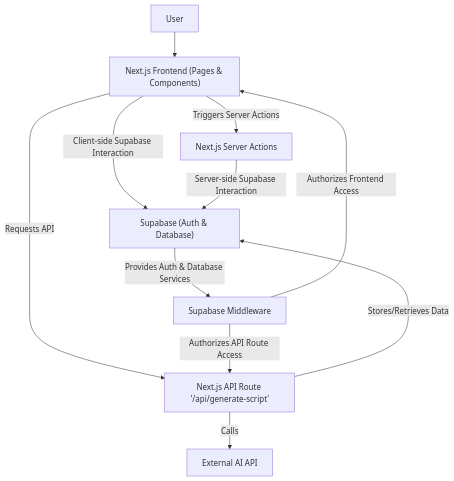
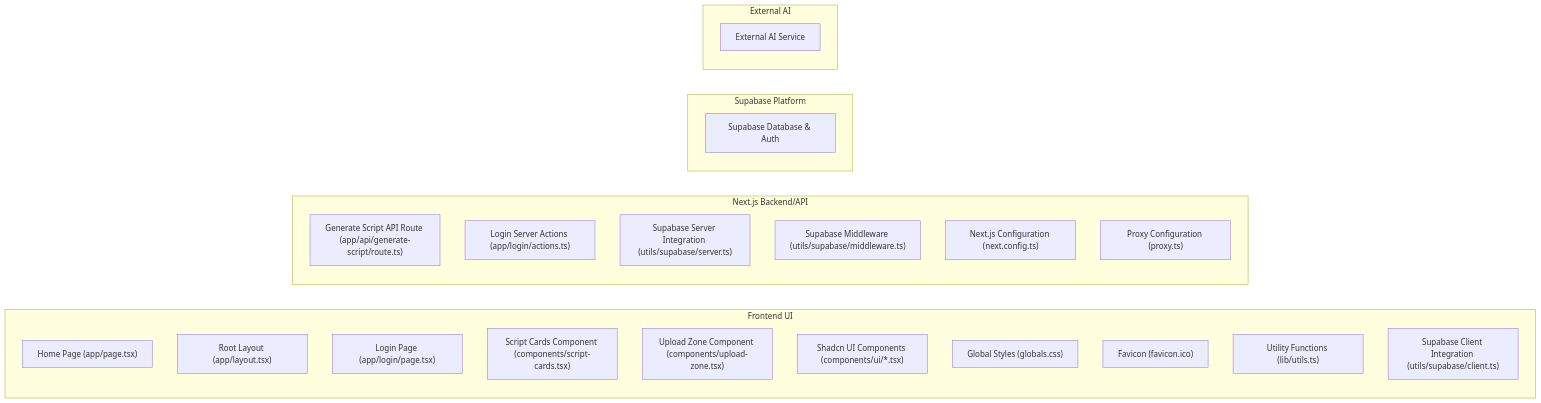
The diagram in ARCHITECTURE.md (token-hoarder/video-to-script-mvp), drawn with Mermaid before and after one commit. The commit also changed 1 other file, not shown here.

Commit message:
docs: auto-generate changelog and architecture

````diff
--- a/ARCHITECTURE.md
+++ b/ARCHITECTURE.md
@@ -3,13 +3,32 @@
 ```mermaid
-graph TD
-    A["User"] --> B["Next.js Frontend (Pages & Components)"];
-    B -- "Triggers Server Actions" --> F["Next.js Server Actions"];
-    B -- "Requests API" --> C["Next.js API Route '/api/generate-script'"];
-    B -- "Client-side Supabase Interaction" --> E["Supabase (Auth & Database)"];
-    F -- "Server-side Supabase Interaction" --> E;
-    C -- "Calls" --> D["External AI API"];
-    C -- "Stores/Retrieves Data" --> E;
-    G["Supabase Middleware"] -- "Authorizes Frontend Access" --> B;
-    G -- "Authorizes API Route Access" --> C;
-    E -- "Provides Auth & Database Services" --> G;
+graph LR
+    subgraph "Frontend UI"
+        A["Home Page (app/page.tsx)"]
+        B["Root Layout (app/layout.tsx)"]
+        C["Login Page (app/login/page.tsx)"]
+        D["Script Cards Component (components/script-cards.tsx)"]
+        E["Upload Zone Component (components/upload-zone.tsx)"]
+        F["Shadcn UI Components (components/ui/*.tsx)"]
+        G["Global Styles (globals.css)"]
+        H["Favicon (favicon.ico)"]
+        I["Utility Functions (lib/utils.ts)"]
+        J["Supabase Client Integration (utils/supabase/client.ts)"]
+    end
+
+    subgraph "Next.js Backend/API"
+        K["Generate Script API Route (app/api/generate-script/route.ts)"]
+        L["Login Server Actions (app/login/actions.ts)"]
+        M["Supabase Server Integration (utils/supabase/server.ts)"]
+        N["Supabase Middleware (utils/supabase/middleware.ts)"]
+        O["Next.js Configuration (next.config.ts)"]
+        P["Proxy Configuration (proxy.ts)"]
+    end
+
+    subgraph "Supabase Platform"
+        Q["Supabase Database & Auth"]
+    end
+
+    subgraph "External AI"
+        R["External AI Service"]
+    end
 ```
````
